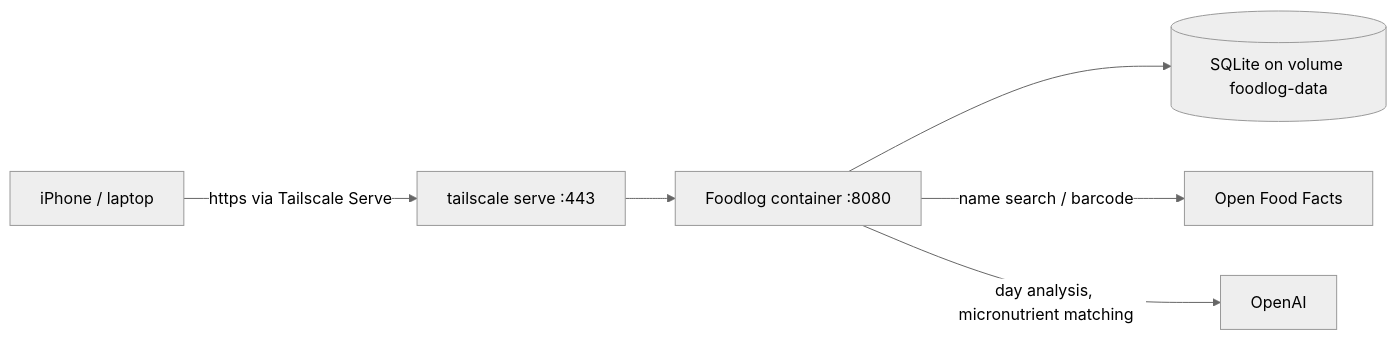
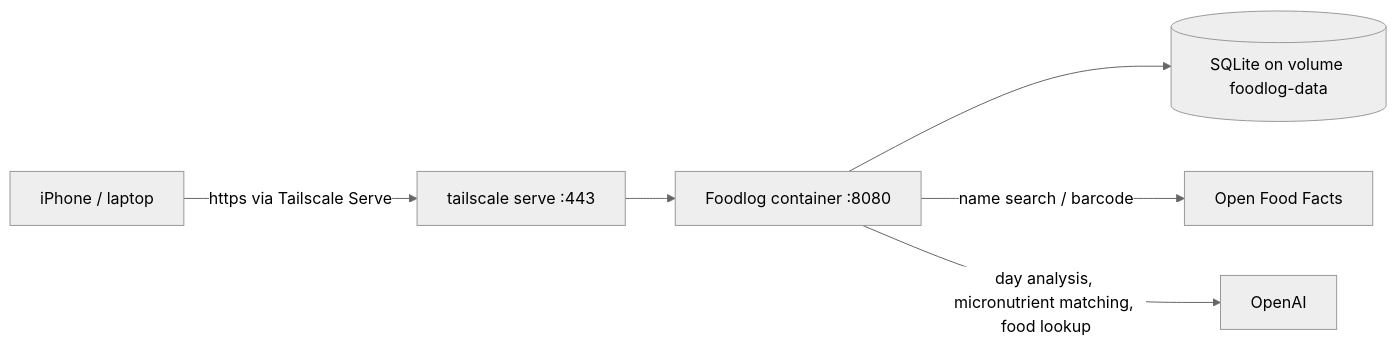
The diagram in README.md (barrydaniels-nl/foodlog), drawn with Mermaid (neutral theme) before and after one commit. The commit also changed other lines of this file and 5 other files, not shown here.

````diff
--- a/README.md
+++ b/README.md
@@ -42,8 +44,8 @@
 ```mermaid
 flowchart LR
   phone[iPhone / laptop] -- https via Tailscale Serve --> ts[tailscale serve :443]
   ts --> app[Foodlog container :8080]
   app --> db[(SQLite on volume foodlog-data)]
   app -- name search / barcode --> off[Open Food Facts]
-  app -- day analysis, micronutrient matching --> openai[OpenAI]
+  app -- day analysis, micronutrient matching, food lookup --> openai[OpenAI]
 ```
````
